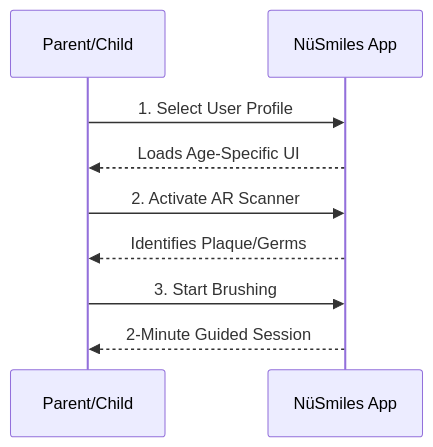
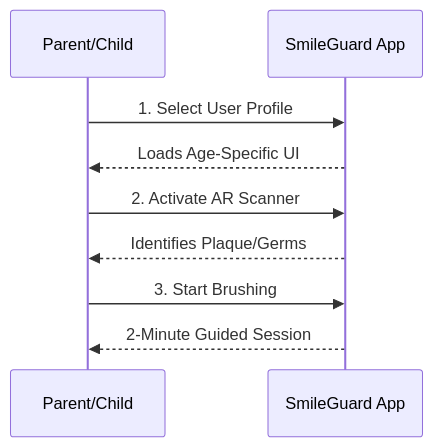
The first of 2 diagrams in README.md (AnandBinuArjun/nnnnnnnnn), drawn with Mermaid before and after one commit. The commit also changed other lines of this file, not shown here.

````diff
--- a/README.md
+++ b/README.md
@@ -13,11 +13,11 @@
 ```mermaid
 sequenceDiagram
     participant P as Parent/Child
-    participant A as NüSmiles App
+    participant A as SmileGuard App
     P->>A: 1. Select User Profile
     A-->>P: Loads Age-Specific UI
     P->>A: 2. Activate AR Scanner
     A-->>P: Identifies Plaque/Germs
     P->>A: 3. Start Brushing
     A-->>P: 2-Minute Guided Session
 ```
````
